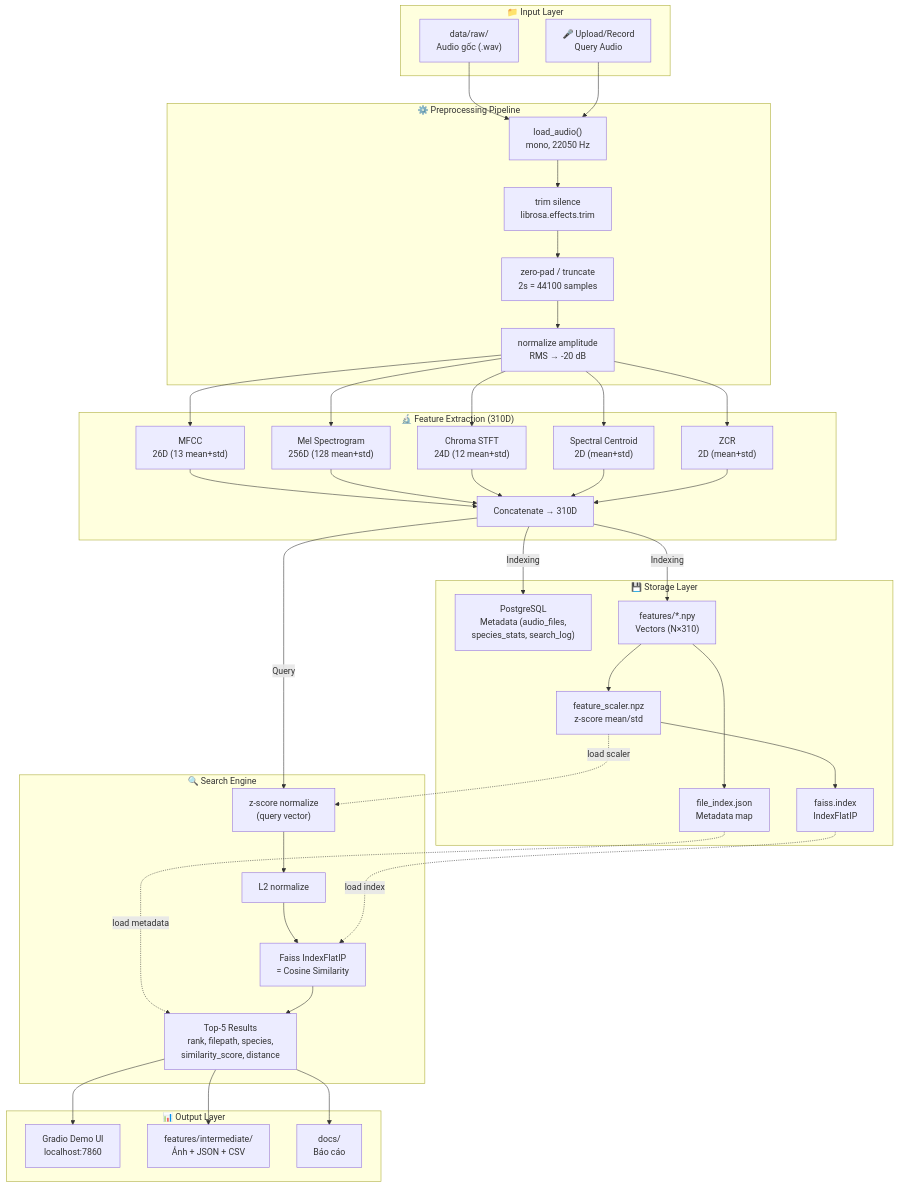
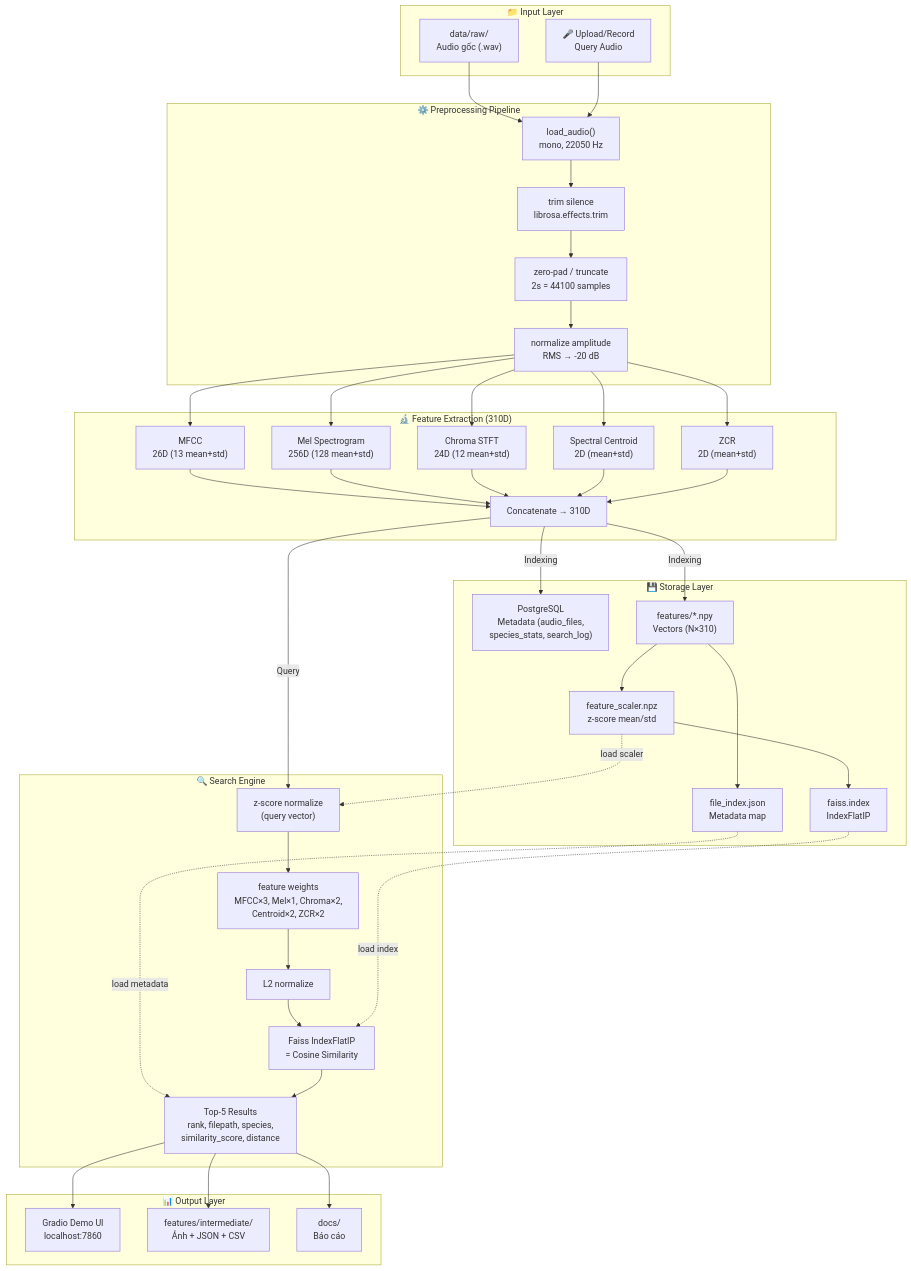
One commit to thacbaonguyen/multimedia_db changed the first of 3 diagrams in CSDLDPT/docs/system_diagram.md. Above: the diagram before and after it, drawn with Mermaid. The commit also changed other lines of this file and 11 other files, not shown here.

````diff
--- a/CSDLDPT/docs/system_diagram.md
+++ b/CSDLDPT/docs/system_diagram.md
@@ -5,75 +5,76 @@
 ```mermaid
 graph TB
     subgraph Input["📁 Input Layer"]
         RAW["data/raw/<br>Audio gốc (.wav)"]
         UPLOAD["🎤 Upload/Record<br>Query Audio"]
     end
 
     subgraph Preprocess["⚙️ Preprocessing Pipeline"]
         LOAD["load_audio()<br>mono, 22050 Hz"]
         TRIM["trim silence<br>librosa.effects.trim"]
         PAD["zero-pad / truncate<br>2s = 44100 samples"]
         NORM["normalize amplitude<br>RMS → -20 dB"]
     end
 
     subgraph Feature["🔬 Feature Extraction (310D)"]
         MFCC["MFCC<br>26D (13 mean+std)"]
         MEL["Mel Spectrogram<br>256D (128 mean+std)"]
         CHROMA["Chroma STFT<br>24D (12 mean+std)"]
         CENT["Spectral Centroid<br>2D (mean+std)"]
         ZCR["ZCR<br>2D (mean+std)"]
         CONCAT["Concatenate → 310D"]
     end
 
     subgraph Storage["💾 Storage Layer"]
         PG["PostgreSQL<br>Metadata (audio_files,<br>species_stats, search_log)"]
         NPY["features/*.npy<br>Vectors (N×310)"]
         SCALER["feature_scaler.npz<br>z-score mean/std"]
         FAISS["faiss.index<br>IndexFlatIP"]
         FINDEX["file_index.json<br>Metadata map"]
     end
 
     subgraph Search["🔍 Search Engine"]
         ZSCORE["z-score normalize<br>(query vector)"]
+        FWEIGHT["feature weights<br>MFCC×3, Mel×1, Chroma×2,<br>Centroid×2, ZCR×2"]
         L2NORM["L2 normalize"]
         COSINE["Faiss IndexFlatIP<br>= Cosine Similarity"]
         TOP5["Top-5 Results<br>rank, filepath, species,<br>similarity_score, distance"]
     end
 
     subgraph Output["📊 Output Layer"]
         DEMO["Gradio Demo UI<br>localhost:7860"]
         INTER["features/intermediate/<br>Ảnh + JSON + CSV"]
         DOCS["docs/<br>Báo cáo"]
     end
 
     RAW --> LOAD
     UPLOAD --> LOAD
     LOAD --> TRIM --> PAD --> NORM
 
     NORM --> MFCC
     NORM --> MEL
     NORM --> CHROMA
     NORM --> CENT
     NORM --> ZCR
     MFCC --> CONCAT
     MEL --> CONCAT
     CHROMA --> CONCAT
     CENT --> CONCAT
     ZCR --> CONCAT
 
     CONCAT -->|"Indexing"| NPY
     CONCAT -->|"Indexing"| PG
     NPY --> SCALER --> FAISS
     NPY --> FINDEX
 
     CONCAT -->|"Query"| ZSCORE
     SCALER -.->|"load scaler"| ZSCORE
-    ZSCORE --> L2NORM --> COSINE
+    ZSCORE --> FWEIGHT --> L2NORM --> COSINE
     FAISS -.->|"load index"| COSINE
     FINDEX -.->|"load metadata"| TOP5
     COSINE --> TOP5
 
     TOP5 --> DEMO
     TOP5 --> INTER
     TOP5 --> DOCS
 ```
````
